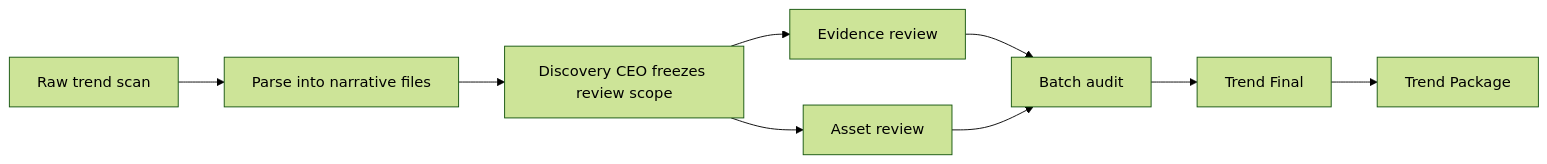
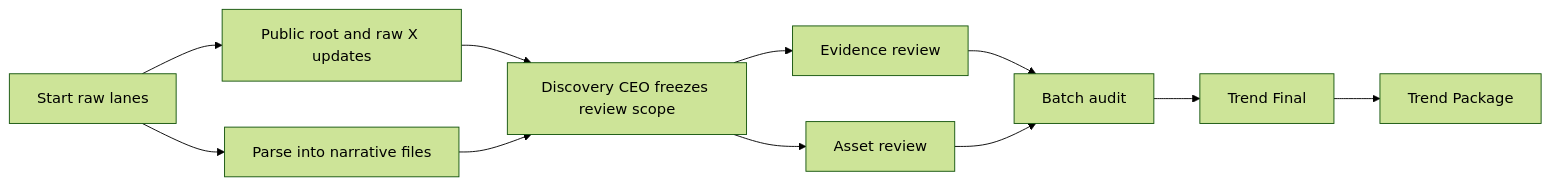
One commit to 0xchalker/mintlify-docs changed the diagram in docs/stages/trend-discovery.mdx. Above: the diagram before and after it, drawn with Mermaid (forest theme). The commit also changed other lines of this file and 1 other file, not shown here.

Commit message:
Update Stage 1 X orchestration docs

````diff
--- a/docs/stages/trend-discovery.mdx
+++ b/docs/stages/trend-discovery.mdx
@@ -19,11 +19,13 @@
 ```mermaid
 flowchart LR
-    A["Raw trend scan"] --> B["Parse into narrative files"]
-    B --> C["Discovery CEO freezes review scope"]
-    C --> D["Evidence review"]
-    C --> E["Asset review"]
-    D --> F["Batch audit"]
-    E --> F
-    F --> G["Trend Final"]
-    G --> H["Trend Package"]
+    A["Start raw lanes"] --> B["Public root and raw X updates"]
+    A --> C["Parse into narrative files"]
+    B --> D["Discovery CEO freezes review scope"]
+    C --> D
+    D --> E["Evidence review"]
+    D --> F["Asset review"]
+    E --> G["Batch audit"]
+    F --> G
+    G --> H["Trend Final"]
+    H --> I["Trend Package"]
 ```
````
